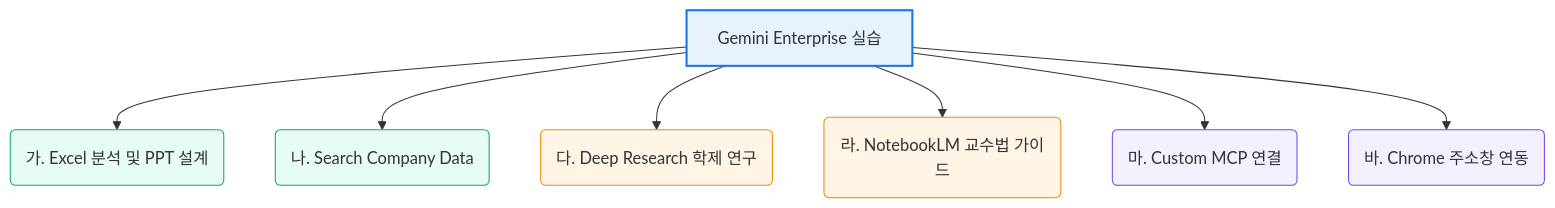
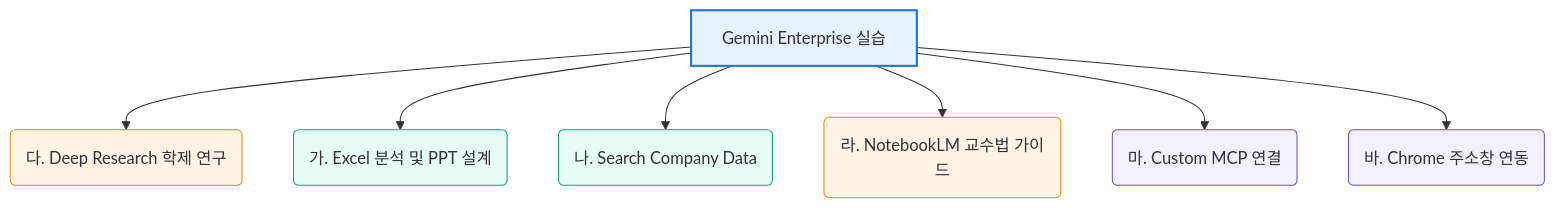
Before and after one commit to p219116/ge-workshop: the diagram in README.md, drawn with Mermaid. The commit also changed other lines of this file and 2 other files, not shown here.

Commit message:
Update README and lab order: remove Enterprise Security section & set sequence to 다-가-나-라

````diff
--- a/README.md
+++ b/README.md
@@ -12,17 +12,17 @@
 ```mermaid
 graph TD
-    A[Gemini Enterprise 실습] --> B(가. Excel 분석 및 PPT 설계)
-    A --> C(나. Search Company Data)
-    A --> D(다. Deep Research 학제 연구)
+    A[Gemini Enterprise 실습] --> B(다. Deep Research 학제 연구)
+    A --> C(가. Excel 분석 및 PPT 설계)
+    A --> D(나. Search Company Data)
     A --> E(라. NotebookLM 교수법 가이드)
     A --> F(마. Custom MCP 연결)
     A --> G(바. Chrome 주소창 연동)
     
     style A fill:#e6f2ff,stroke:#1a73e8,stroke-width:2px;
-    style B fill:#e6fcf5,stroke:#0ca678,stroke-width:1px;
+    style B fill:#fff4e6,stroke:#f08c00,stroke-width:1px;
     style C fill:#e6fcf5,stroke:#0ca678,stroke-width:1px;
-    style D fill:#fff4e6,stroke:#f08c00,stroke-width:1px;
+    style D fill:#e6fcf5,stroke:#0ca678,stroke-width:1px;
     style E fill:#fff4e6,stroke:#f08c00,stroke-width:1px;
     style F fill:#f3f0ff,stroke:#7048e8,stroke-width:1px;
     style G fill:#f3f0ff,stroke:#7048e8,stroke-width:1px;
 ```
````
